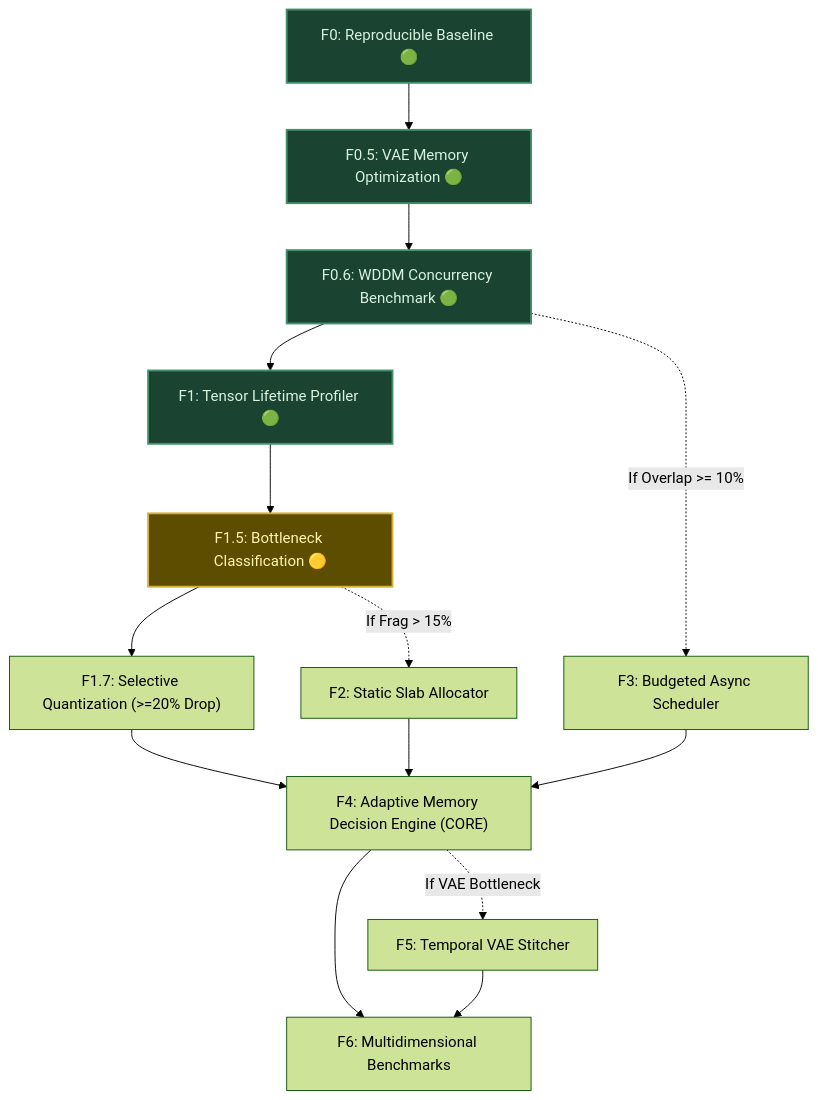
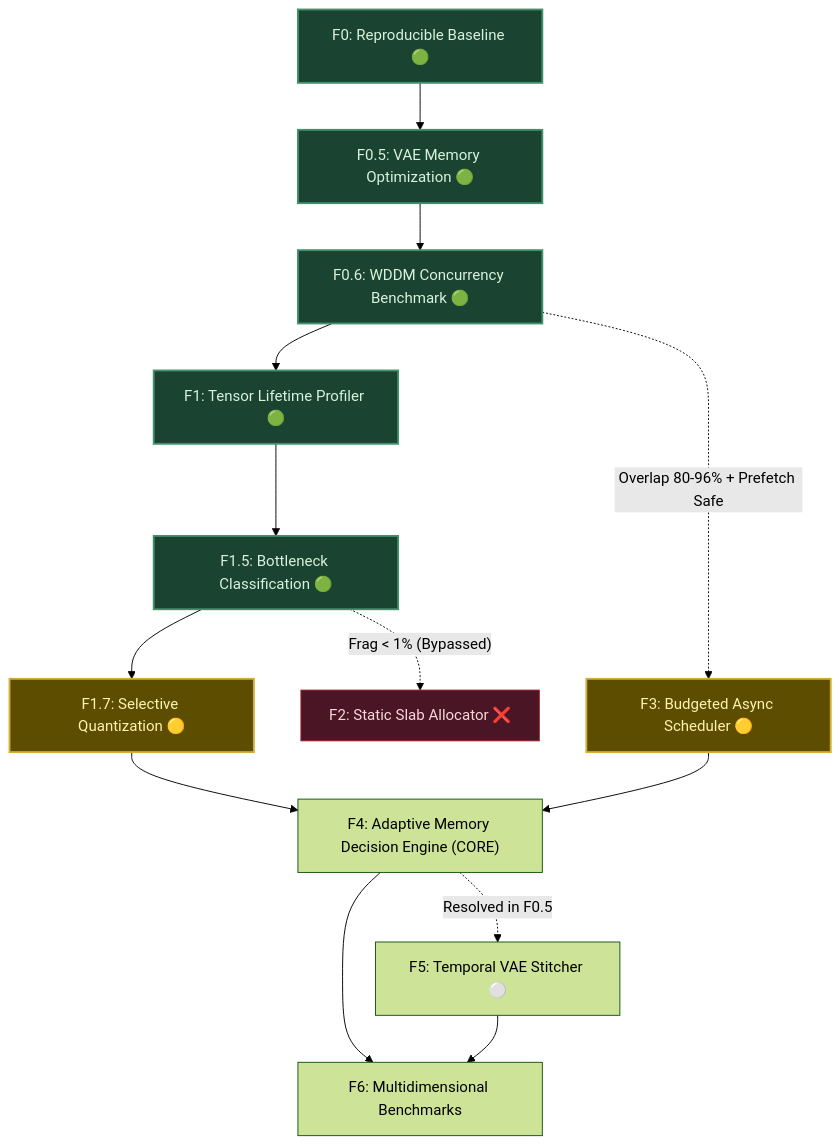
The diagram in ROADMAP.md (LARP/marley-adaptive-runtime), drawn with Mermaid (forest theme) before and after one commit. The commit also changed other lines of this file and 3 other files, not shown here.

First line of the commit message:
feat(f1.5): real bottleneck identification & roadmap dispatch

````diff
--- a/ROADMAP.md
+++ b/ROADMAP.md
@@ -47,21 +49,22 @@
 ```mermaid
 flowchart TD
     F0["F0: Reproducible Baseline 🟢"] --> F05["F0.5: VAE Memory Optimization 🟢"]
     F05 --> F06["F0.6: WDDM Concurrency Benchmark 🟢"]
     F06 --> F1["F1: Tensor Lifetime Profiler 🟢"]
-    F1 --> F15["F1.5: Bottleneck Classification 🟡"]
-    F15 --> F17["F1.7: Selective Quantization (>=20% Drop)"]
-    F15 -.->|"If Frag > 15%"| F2["F2: Static Slab Allocator"]
-    F06 -.->|"If Overlap >= 10%"| F3["F3: Budgeted Async Scheduler"]
+    F1 --> F15["F1.5: Bottleneck Classification 🟢"]
+    F15 --> F17["F1.7: Selective Quantization 🟡"]
+    F15 -.->|"Frag < 1% (Bypassed)"| F2["F2: Static Slab Allocator ❌"]
+    F06 -.->|"Overlap 80-96% + Prefetch Safe"| F3["F3: Budgeted Async Scheduler 🟡"]
     F17 --> F4["F4: Adaptive Memory Decision Engine (CORE)"]
-    F2 --> F4
     F3 --> F4
-    F4 -.->|"If VAE Bottleneck"| F5["F5: Temporal VAE Stitcher"]
+    F4 -.->|"Resolved in F0.5"| F5["F5: Temporal VAE Stitcher ⚪"]
     F4 --> F6["F6: Multidimensional Benchmarks"]
     F5 --> F6
 
     classDef pass fill:#1b4332,stroke:#40916c,stroke-width:2px,color:#d8f3dc;
     classDef inprog fill:#5c4d00,stroke:#d4af37,stroke-width:2px,color:#fff3b0;
-    class F0,F05,F06,F1 pass;
-    class F15 inprog;
+    classDef bypass fill:#4a1525,stroke:#9b2226,stroke-width:1px,color:#f8d7da;
+    class F0,F05,F06,F1,F15 pass;
+    class F3,F17 inprog;
+    class F2 bypass;
 ```
````
